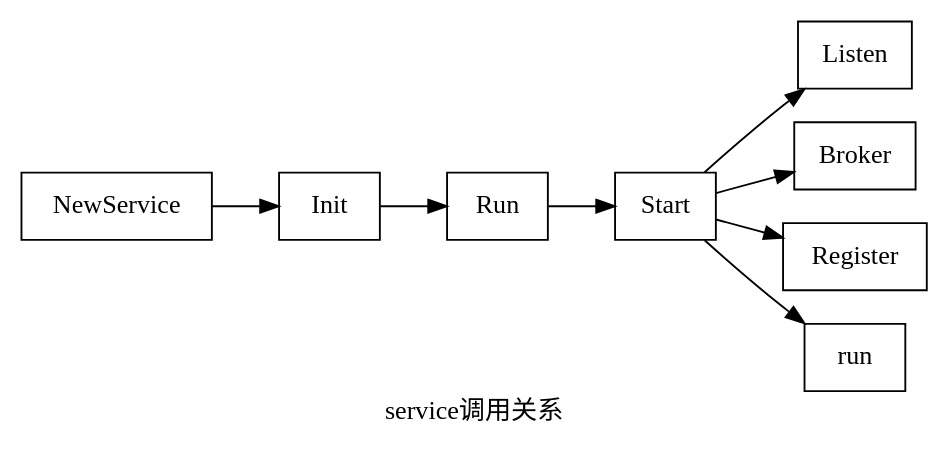
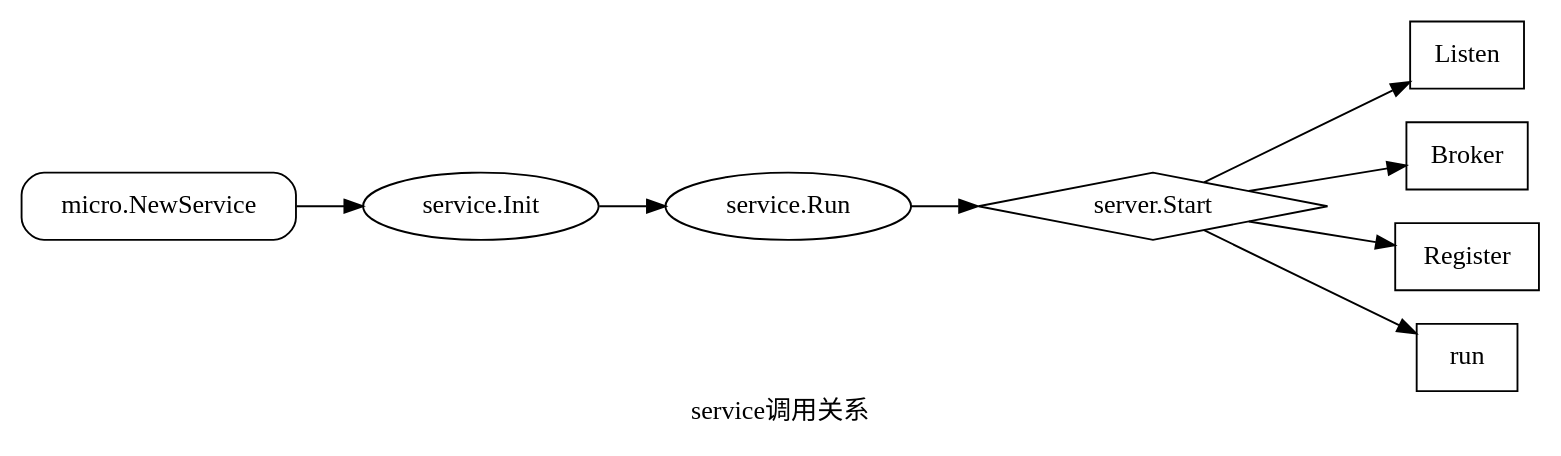
One commit to Jackson-soft/myBlog changed the diagram in Design/插件设计.org. Above: the diagram before and after it, drawn with Graphviz. The commit also changed other lines of this file and 2 other files, not shown here.

```diff
--- a/Design/插件设计.org
+++ b/Design/插件设计.org
@@ -43,7 +59,11 @@
 #+BEGIN_SRC dot :file ./invoke.png :cmdline -Kdot -Tpng
   digraph demo {
       graph [rankdir=LR,label="service调用关系"];
       node [shape=box];
-      NewService -> Init -> Run -> Start -> {Listen,Broker,Register,run};
+      Micro[shape=Mrecord,label="micro.NewService"];
+      Init[shape=ellipse,label="service.Init"];
+      Run[shape=ellipse,label="service.Run"];
+      Start[shape=diamond,label="server.Start"];
+      Micro -> Init -> Run -> Start -> {Listen,Broker,Register,run};
   }
 #+END_SRC
```
